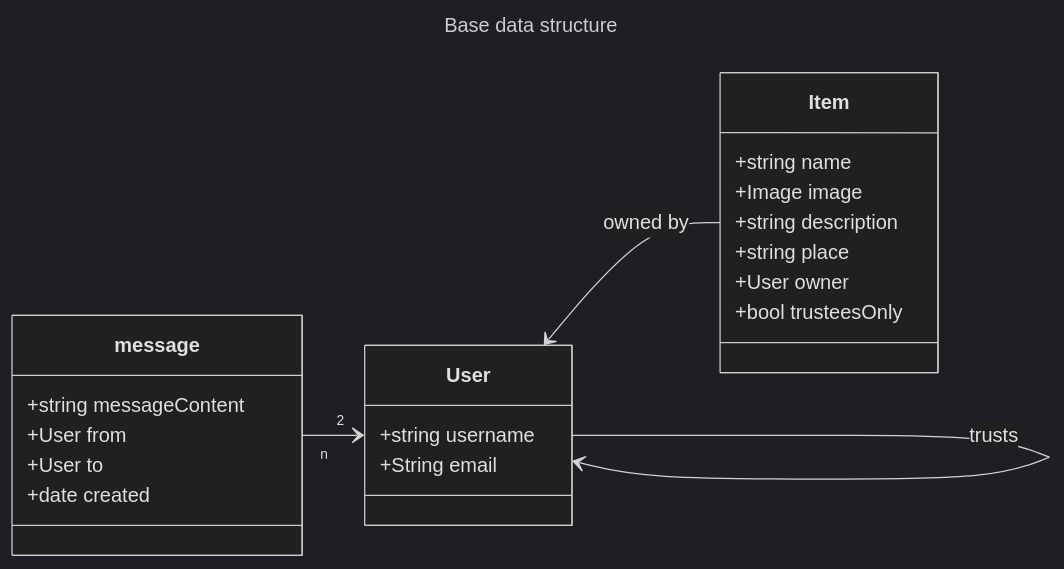
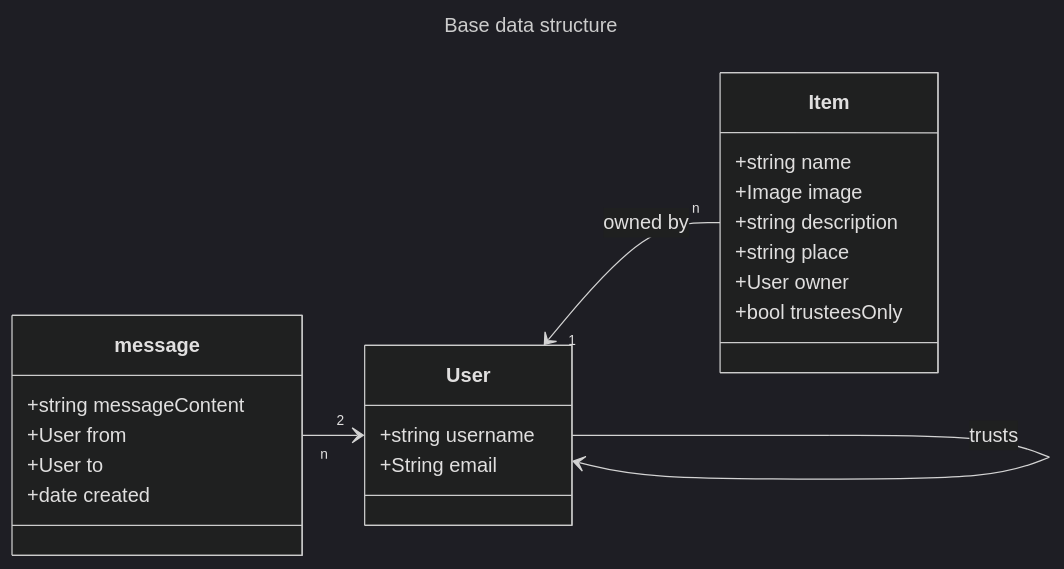
Before and after one commit to share-open-sharing-infrastructure/share-mvp: the diagram in docs/domain-model.md, drawn with Mermaid (dark theme). The commit also changed 1 other file, not shown here.

Commit message:
Small fixes

````diff
--- a/docs/domain-model.md
+++ b/docs/domain-model.md
@@ -7,31 +7,31 @@
 ```mermaid
 ---
 title: Base data structure
 ---
 classDiagram
     direction LR
 
     class User{
         +string username
         +String email
     }
     User --> User : trusts
 
     class Item{
         +string name
         +Image image
         +string description
         +string place
         +User owner <!-- this is currently misnamed, have to adapt in DB and then in code -->
         +bool trusteesOnly
     }
-    User <-- Item : owned by
+    User "1" <-- "n" Item : owned by
 
     class message{
         +string messageContent
         +User from
         +User to
         +date created
     }
     message "n" --> "2" User
 ```
````
